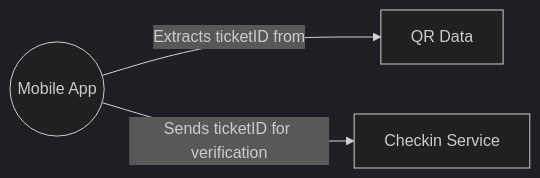
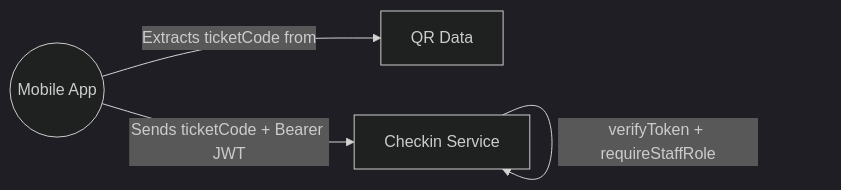
Diagram 25 of 29 in doc/UML/Phuoc_PaymentCheckin.md (SDN-Group5/Event-Ticketing-Platform), drawn with Mermaid (dark theme) before and after one commit. The commit also changed other lines of this file and 5 other files, not shown here.

````diff
--- a/doc/UML/Phuoc_PaymentCheckin.md
+++ b/doc/UML/Phuoc_PaymentCheckin.md
@@ -354,5 +922,6 @@
 ```mermaid
 graph LR
-    M((Mobile App)) -- Extracts ticketID from --> QR[QR Data]
-    M -- Sends ticketID for verification --> C[Checkin Service]
+    M((Mobile App)) -- Extracts ticketCode from --> QR[QR Data]
+    M -- Sends ticketCode + Bearer JWT --> C[Checkin Service]
+    C -- verifyToken + requireStaffRole --> C
 ```
````
